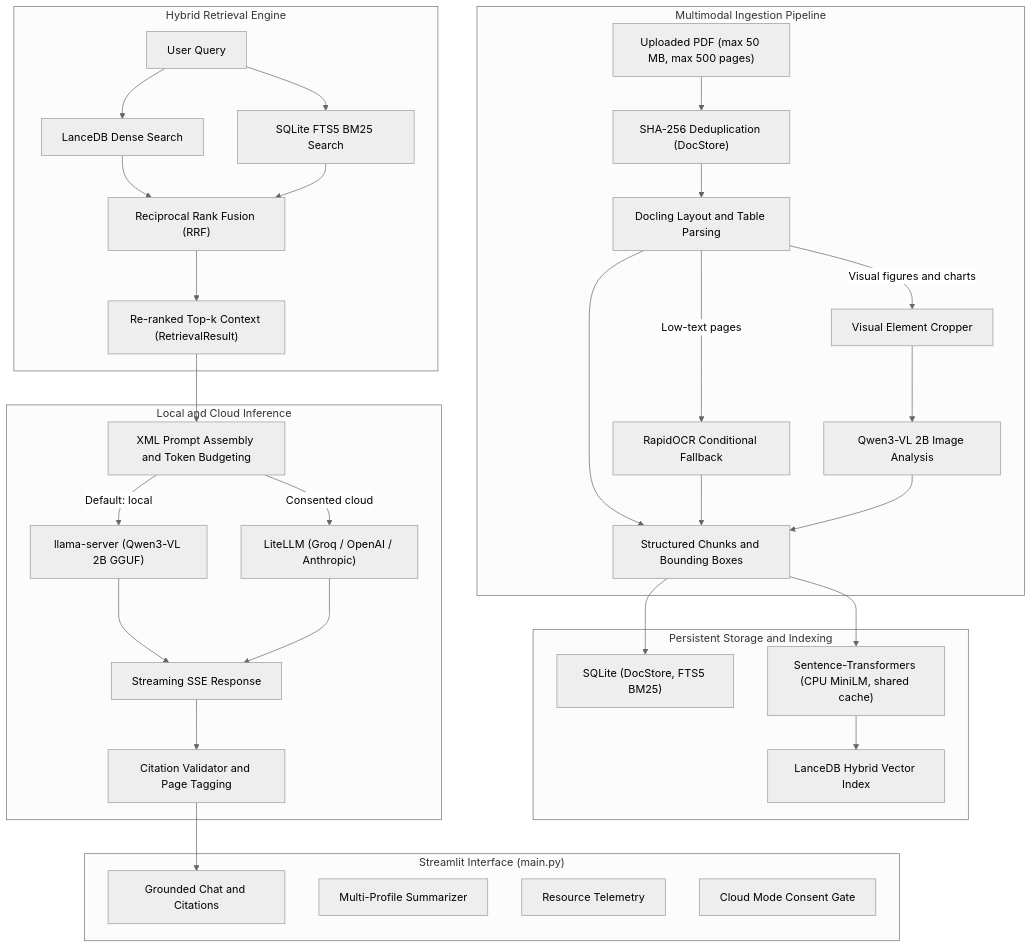
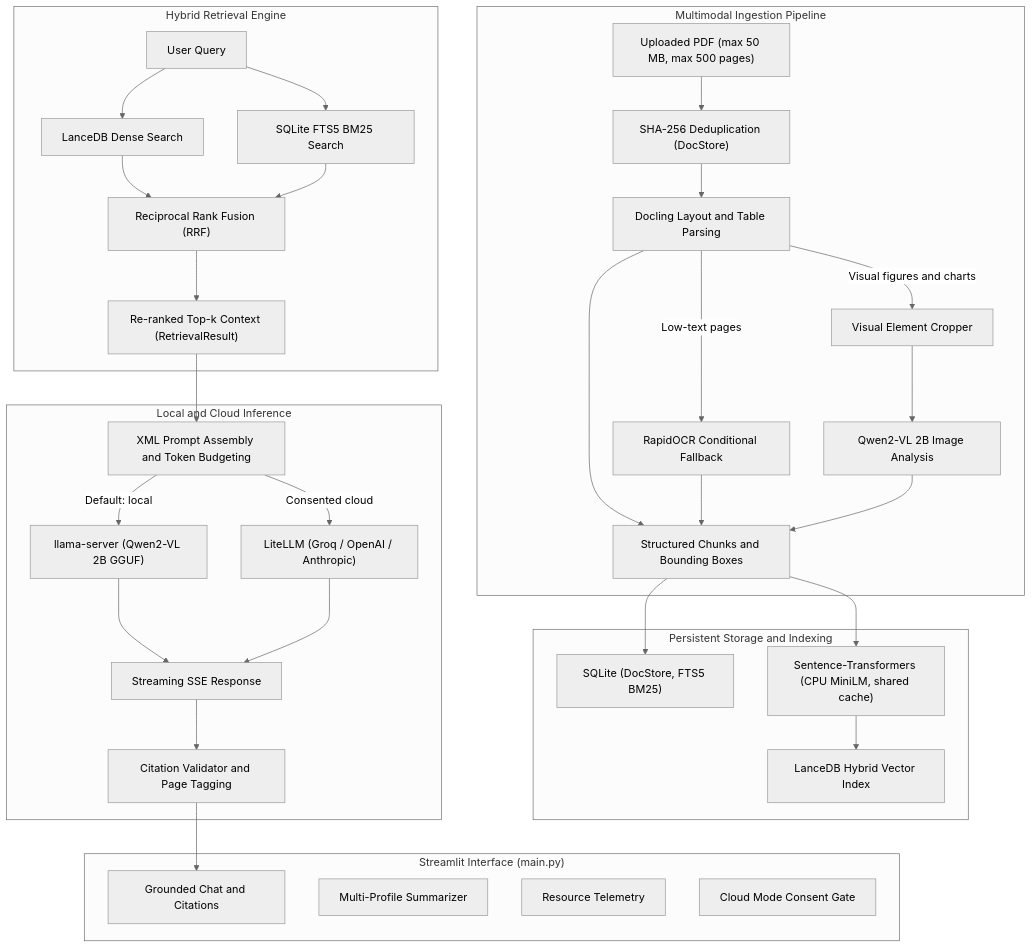
The diagram in README.md (Vittalgb-05/RAG), drawn with Mermaid (neutral theme) before and after one commit. The commit also changed other lines of this file and 6 other files, not shown here.

````diff
--- a/README.md
+++ b/README.md
@@ -29,40 +29,40 @@
 ```mermaid
 flowchart TD
     subgraph UI ["Streamlit Interface (main.py)"]
         Chat["Grounded Chat and Citations"]
         Summary["Multi-Profile Summarizer"]
         Telemetry["Resource Telemetry"]
         CloudToggle["Cloud Mode Consent Gate"]
     end
 
     subgraph Ingestion ["Multimodal Ingestion Pipeline"]
         PDF["Uploaded PDF (max 50 MB, max 500 pages)"] --> Hash["SHA-256 Deduplication (DocStore)"]
         Hash --> Docling["Docling Layout and Table Parsing"]
         Docling -->|Low-text pages| OCR["RapidOCR Conditional Fallback"]
         Docling -->|Visual figures and charts| Crop["Visual Element Cropper"]
-        Crop --> VLM["Qwen3-VL 2B Image Analysis"]
+        Crop --> VLM["Qwen2-VL 2B Image Analysis"]
         Docling & OCR & VLM --> Chunks["Structured Chunks and Bounding Boxes"]
     end
 
     subgraph Storage ["Persistent Storage and Indexing"]
         Chunks --> SQLite["SQLite (DocStore, FTS5 BM25)"]
         Chunks --> Embed["Sentence-Transformers (CPU MiniLM, shared cache)"]
         Embed --> Lance["LanceDB Hybrid Vector Index"]
     end
 
     subgraph Retrieval ["Hybrid Retrieval Engine"]
         UserQ["User Query"] --> VectorSearch["LanceDB Dense Search"]
         UserQ --> LexicalSearch["SQLite FTS5 BM25 Search"]
         VectorSearch & LexicalSearch --> RRF["Reciprocal Rank Fusion (RRF)"]
         RRF --> Context["Re-ranked Top-k Context (RetrievalResult)"]
     end
 
     subgraph Generation ["Local and Cloud Inference"]
         Context --> Prompt["XML Prompt Assembly and Token Budgeting"]
-        Prompt -->|Default: local| LlamaServer["llama-server (Qwen3-VL 2B GGUF)"]
+        Prompt -->|Default: local| LlamaServer["llama-server (Qwen2-VL 2B GGUF)"]
         Prompt -->|Consented cloud| LiteLLM["LiteLLM (Groq / OpenAI / Anthropic)"]
         LlamaServer & LiteLLM --> Stream["Streaming SSE Response"]
         Stream --> Verify["Citation Validator and Page Tagging"]
         Verify --> Chat
     end
 ```
````
